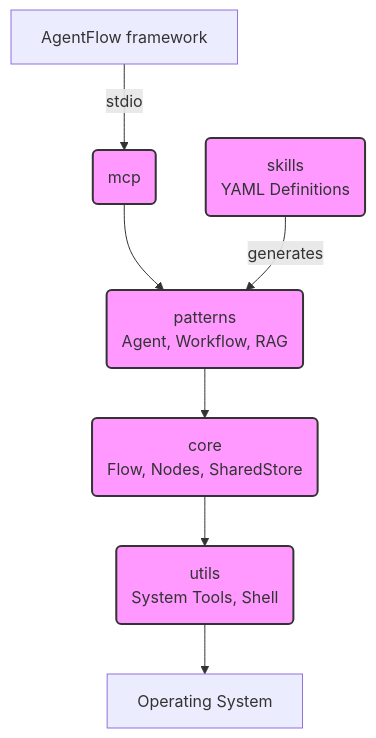
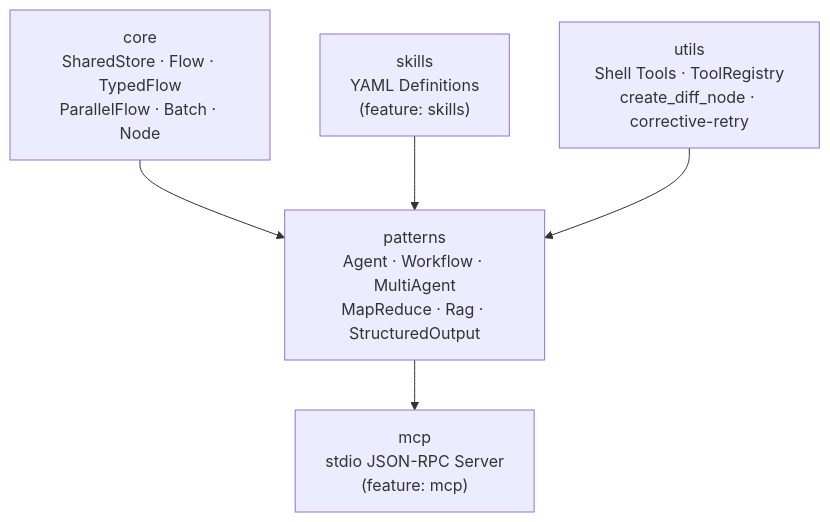
Before and after one commit to EzekTec-Inc/AgentFlow: the first of 10 diagrams in README.md, drawn with Mermaid. The commit also changed other lines of this file and 23 other files, not shown here.

````diff
--- a/README.md
+++ b/README.md
@@ -17,12 +23,13 @@
 ```mermaid
 graph TD
-    Client["AgentFlow framework"] -->|stdio| MCP("mcp")
-    MCP --> Patterns
-    Skills("skills<br>YAML Definitions") -->|generates| Patterns
-    Patterns("patterns<br>Agent, Workflow, RAG") --> Core
-    Core("core<br>Flow, Nodes, SharedStore") --> Utils
-    Utils("utils<br>System Tools, Shell") --> OS["Operating System"]
-    
-    classDef layer fill:#f9f,stroke:#333,stroke-width:2px;
-    class MCP,Skills,Patterns,Core,Utils layer;
+    Core["core<br>SharedStore · Flow · TypedFlow<br>ParallelFlow · Batch · Node"]
+    Patterns["patterns<br>Agent · Workflow · MultiAgent<br>MapReduce · Rag · StructuredOutput"]
+    Skills["skills<br>YAML Definitions<br>(feature: skills)"]
+    Utils["utils<br>Shell Tools · ToolRegistry<br>create_diff_node · corrective-retry"]
+    MCP["mcp<br>stdio JSON-RPC Server<br>(feature: mcp)"]
+
+    Core --> Patterns
+    Skills --> Patterns
+    Utils --> Patterns
+    Patterns --> MCP
 ```
````
